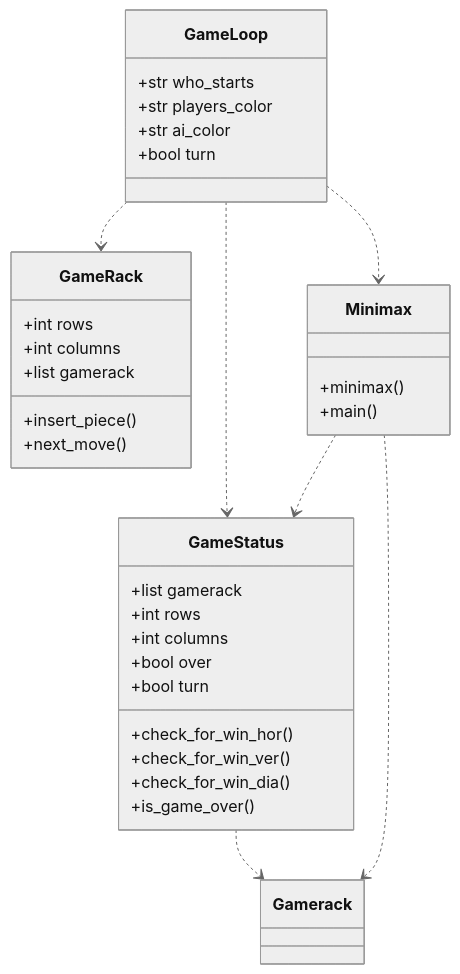
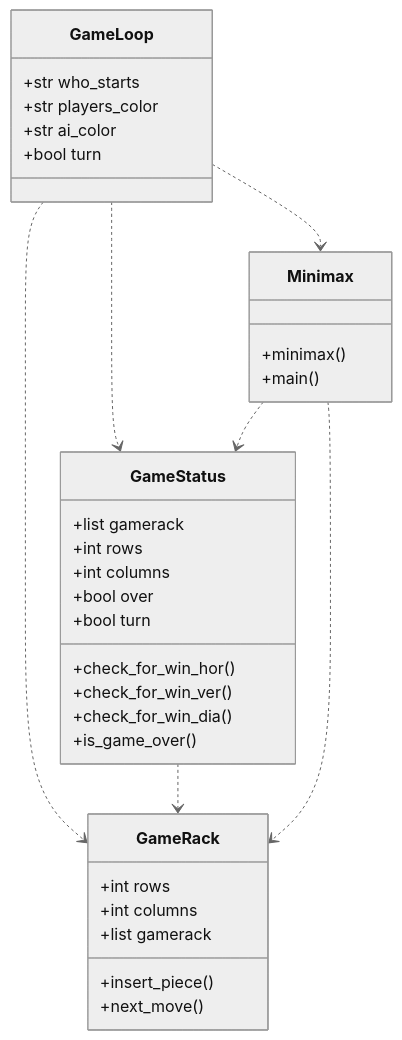
One commit to lottapispa/Connect-Four-tiralabra changed the diagram in documentation/implementation.md. Above: the diagram before and after it, drawn with Mermaid (neutral theme).

````diff
--- a/documentation/implementation.md
+++ b/documentation/implementation.md
@@ -4,37 +4,37 @@
 ```mermaid
 classDiagram
     GameLoop ..> GameStatus
     GameLoop ..> GameRack
     GameLoop ..> Minimax
-    GameStatus ..> Gamerack
+    GameStatus ..> GameRack
     Minimax ..> GameStatus
-    Minimax ..> Gamerack
+    Minimax ..> GameRack
     class GameLoop{
         +str who_starts
         +str players_color
         +str ai_color
         +bool turn
     }
     class GameStatus{
         +list gamerack
         +int rows
         +int columns
         +bool over
         +bool turn
         +check_for_win_hor()
         +check_for_win_ver()
         +check_for_win_dia()
         +is_game_over()
     }
     class GameRack{
         +int rows
         +int columns
         +list gamerack
         +insert_piece()
         +next_move()
     }
     class Minimax{
         +minimax()
         +main()
     }
 ```
````
